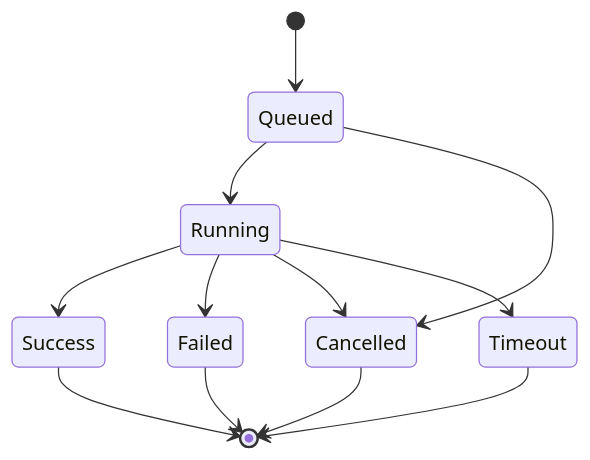
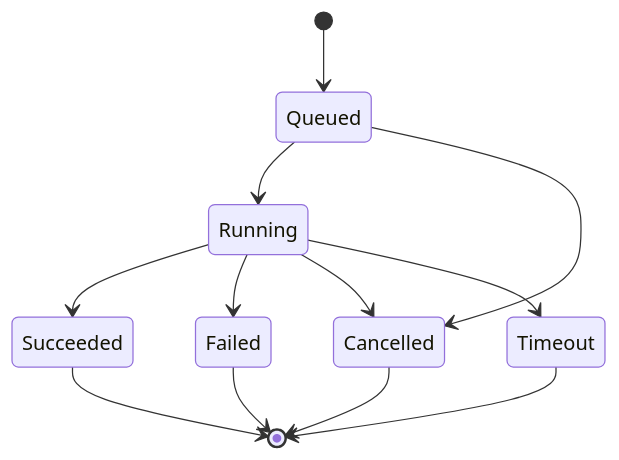
The sixth of 6 diagrams in docs/architecture.md (realme-max/IndustrialAIServiceFramework), drawn with Mermaid before and after one commit. The commit also changed other lines of this file and 38 other files, not shown here.

````diff
--- a/docs/architecture.md
+++ b/docs/architecture.md
@@ -382,14 +401,14 @@
 ```mermaid
 stateDiagram-v2
     [*] --> Queued
     Queued --> Running
     Queued --> Cancelled
-    Running --> Success
+    Running --> Succeeded
     Running --> Failed
     Running --> Cancelled
     Running --> Timeout
-    Success --> [*]
+    Succeeded --> [*]
     Failed --> [*]
     Cancelled --> [*]
     Timeout --> [*]
 ```
````
